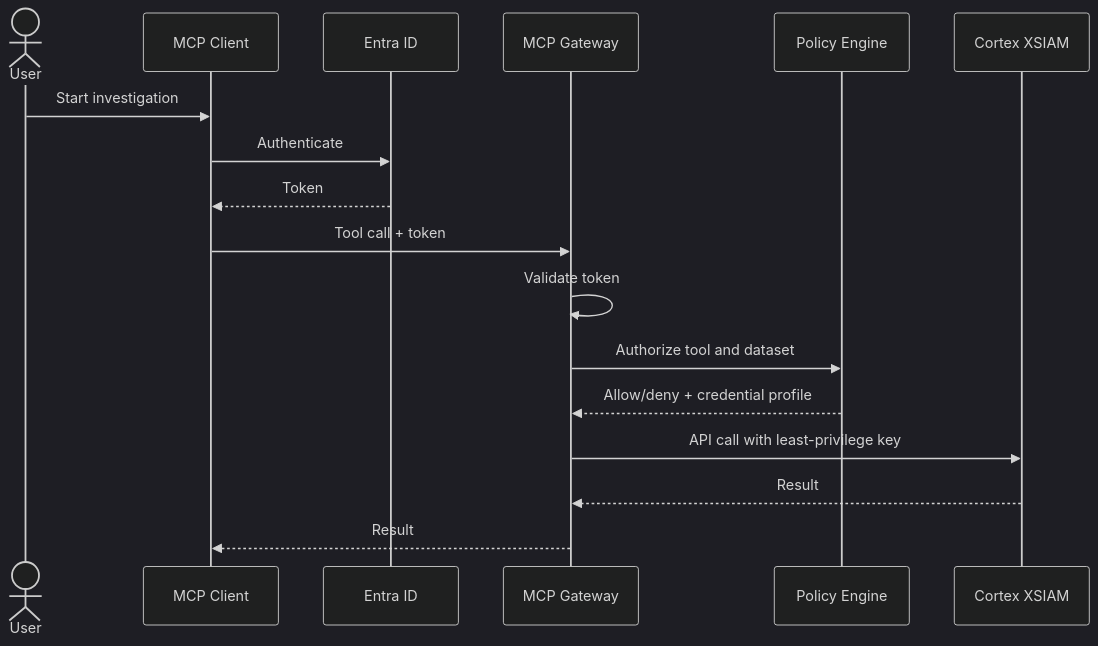
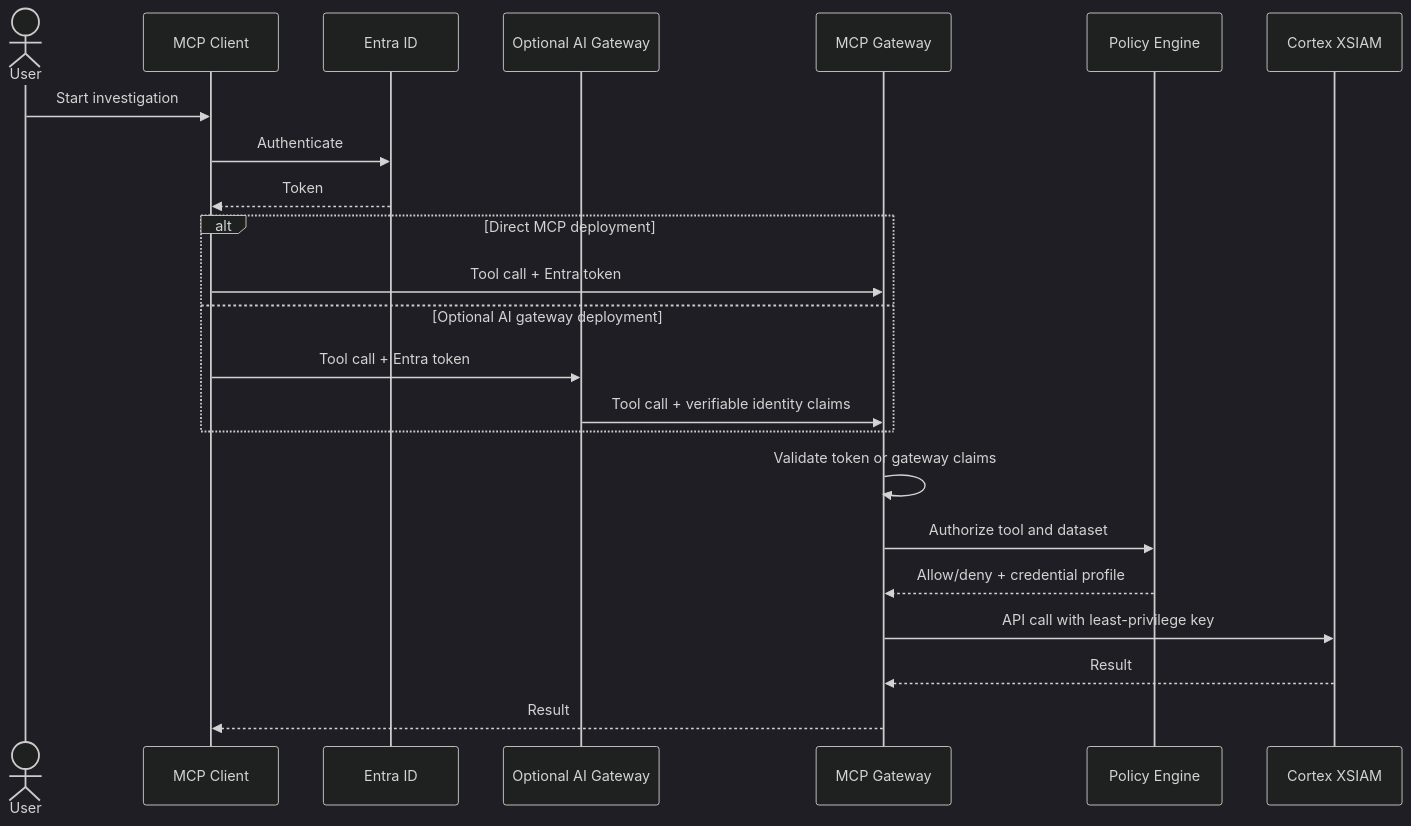
Before and after one commit to ciaran-finnegan/cortex-xsiam-mcp-gateway: the diagram in docs/SECURITY_MODEL.md, drawn with Mermaid (dark theme). The commit also changed other lines of this file and 6 other files, not shown here.

Commit message:
Clarify optional AI gateway deployments (#25)

````diff
--- a/docs/SECURITY_MODEL.md
+++ b/docs/SECURITY_MODEL.md
@@ -14,20 +27,26 @@
 ```mermaid
 sequenceDiagram
   actor User
   participant Client as MCP Client
   participant Entra as Entra ID
+  participant AIGateway as Optional AI Gateway
   participant Gateway as MCP Gateway
   participant Policy as Policy Engine
   participant XSIAM as Cortex XSIAM
 
   User->>Client: Start investigation
   Client->>Entra: Authenticate
   Entra-->>Client: Token
-  Client->>Gateway: Tool call + token
-  Gateway->>Gateway: Validate token
+  alt Direct MCP deployment
+    Client->>Gateway: Tool call + Entra token
+  else Optional AI gateway deployment
+    Client->>AIGateway: Tool call + Entra token
+    AIGateway->>Gateway: Tool call + verifiable identity claims
+  end
+  Gateway->>Gateway: Validate token or gateway claims
   Gateway->>Policy: Authorize tool and dataset
   Policy-->>Gateway: Allow/deny + credential profile
   Gateway->>XSIAM: API call with least-privilege key
   XSIAM-->>Gateway: Result
   Gateway-->>Client: Result
 ```
````
